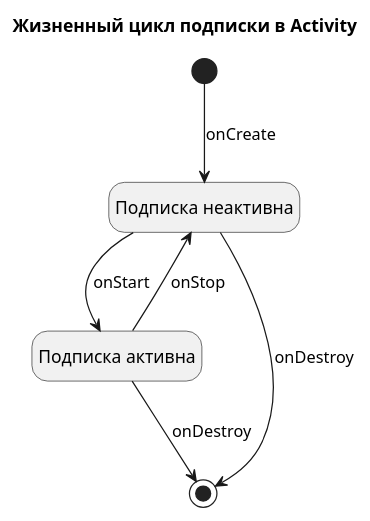
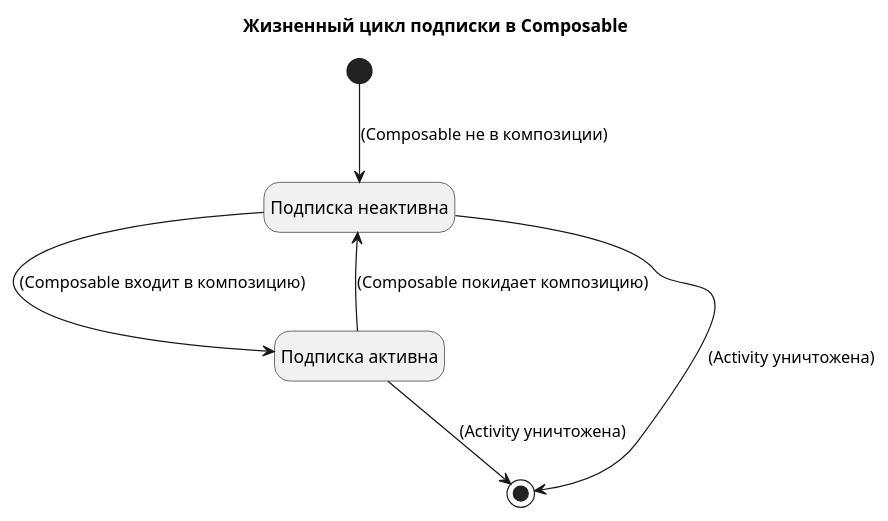
The fifth of 5 diagrams in docs/ts/MIDI_NOTIFICATION.md (astrizhachuk/PianoFlow), drawn with PlantUML before and after one commit. The commit also changed other lines of this file and 2 other files, not shown here.

````diff
--- a/docs/ts/MIDI_NOTIFICATION.md
+++ b/docs/ts/MIDI_NOTIFICATION.md
@@ -216,16 +216,16 @@
 ```plantuml
 @startuml
-title Жизненный цикл подписки в Activity
+title Жизненный цикл подписки в Composable
 hide empty description
 
 state "Подписка неактивна" as Inactive
 state "Подписка активна" as Active
 
-[*] --> Inactive : onCreate
-Inactive --> Active : onStart
-Active --> Inactive : onStop
+[*] --> Inactive : (Composable не в композиции)
+Inactive --> Active : (Composable входит в композицию)
+Active --> Inactive : (Composable покидает композицию)
 
-Active --> [*] : onDestroy
-Inactive --> [*] : onDestroy
+Active --> [*] : (Activity уничтожена)
+Inactive --> [*] : (Activity уничтожена)
 @enduml
 ```
````
